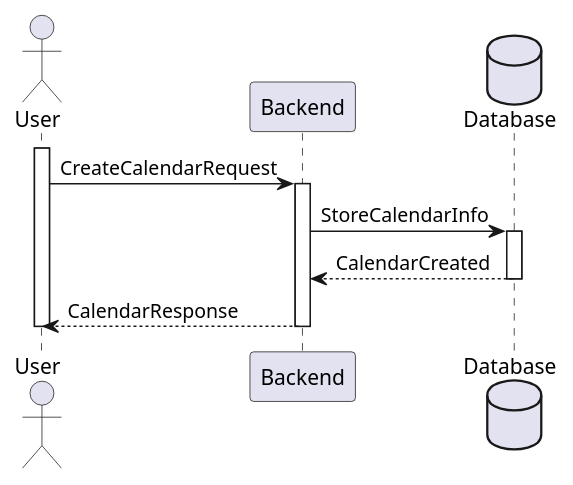
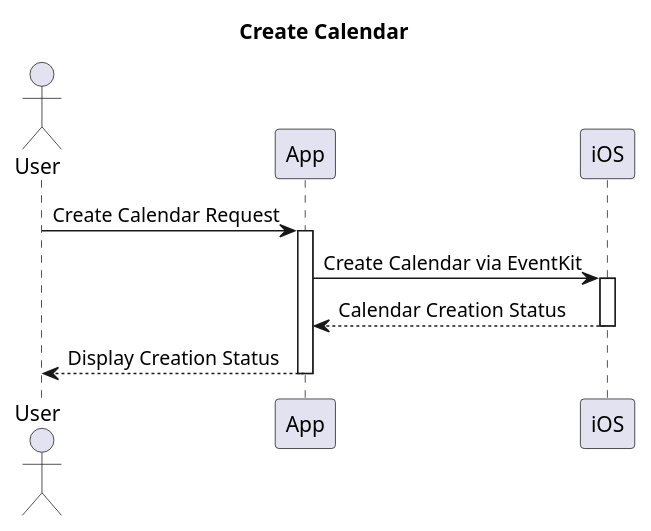
The sixth of 14 diagrams in docs/diagrams/sequence-diagrams/all-sequence-diagrams.puml (jadwalapp/symmetrical-spoon), drawn with PlantUML before and after one commit. The commit also changed other lines of this file and 12 other files, not shown here.

```diff
--- a/docs/diagrams/sequence-diagrams/all-sequence-diagrams.puml
+++ b/docs/diagrams/sequence-diagrams/all-sequence-diagrams.puml
@@ -139,16 +147,20 @@
-@startuml Create Calendar
+@startuml "Create Calendar"
+title Create Calendar
+
 actor User
-participant Backend
-database Database
+participant "App" as App
+participant "iOS" as iOS
 
-activate User
+User -> App: Create Calendar Request
+activate App
 
-User -> Backend ++ : CreateCalendarRequest
+App -> iOS: Create Calendar via EventKit
+activate iOS
 
-Backend -> Database ++ : StoreCalendarInfo
-Database --> Backend -- : CalendarCreated
+iOS --> App: Calendar Creation Status
+deactivate iOS
 
-Backend --> User -- : CalendarResponse
+App --> User: Display Creation Status
+deactivate App
 
-deactivate User
 @enduml
```
